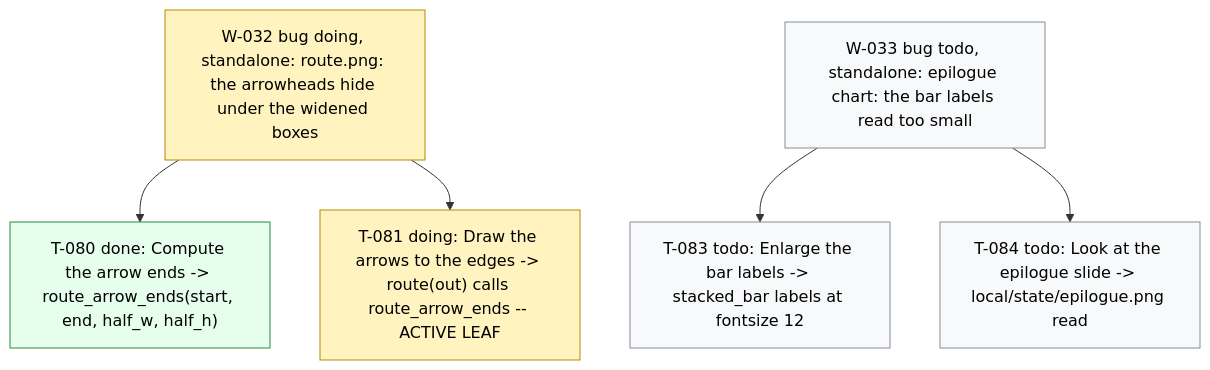
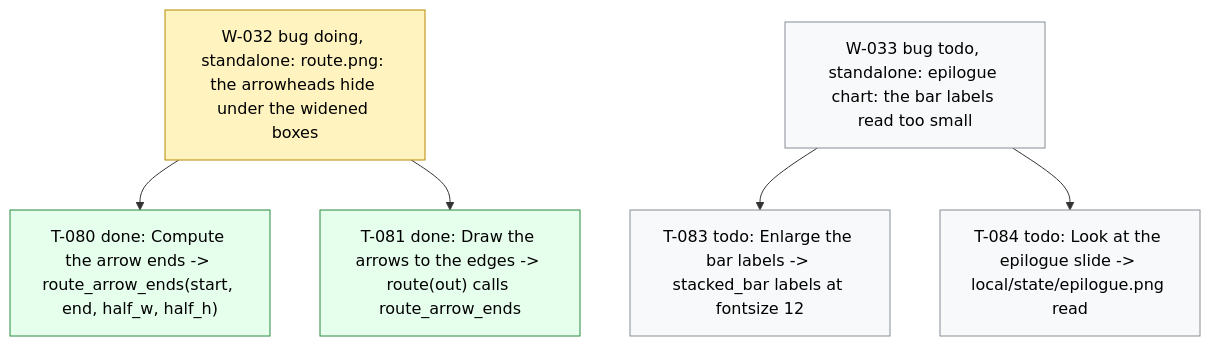
Before and after one commit to dpopchev/chaos-to-simple: the diagram in .board/BOARD.md, drawn with Mermaid. The commit also changed other lines of this file and 1 other file, not shown here.

Commit message:
chore(board): close T-081 -- W-032 ready to land
Refs: W-032 T-081

````diff
--- a/.board/BOARD.md
+++ b/.board/BOARD.md
@@ -214,17 +214,17 @@
 ```mermaid
 flowchart TD
   W032["W-032 bug doing, standalone: route.png: the arrowheads hide under the widened boxes"]
   W032 --> T080["T-080 done: Compute the arrow ends -> route_arrow_ends(start, end, half_w, half_h)"]
-  W032 --> T081["T-081 doing: Draw the arrows to the edges -> route(out) calls route_arrow_ends -- ACTIVE LEAF"]
+  W032 --> T081["T-081 done: Draw the arrows to the edges -> route(out) calls route_arrow_ends"]
   W033["W-033 bug todo, standalone: epilogue chart: the bar labels read too small"]
   W033 --> T083["T-083 todo: Enlarge the bar labels -> stacked_bar labels at fontsize 12"]
   W033 --> T084["T-084 todo: Look at the epilogue slide -> local/state/epilogue.png read"]
   classDef doing fill:#fff3bf,stroke:#b58900,color:#000;
   classDef blocked fill:#ffe3e3,stroke:#c92a2a,color:#000;
   classDef done fill:#e6ffed,stroke:#2b8a3e,color:#000;
   classDef todo fill:#f8f9fa,stroke:#868e96,color:#000;
   classDef pruned fill:#f1f3f5,stroke:#adb5bd,color:#000;
-  class W032,T081 doing
-  class T080 done
+  class W032 doing
+  class T080,T081 done
   class W033,T083,T084 todo
 ```
````
